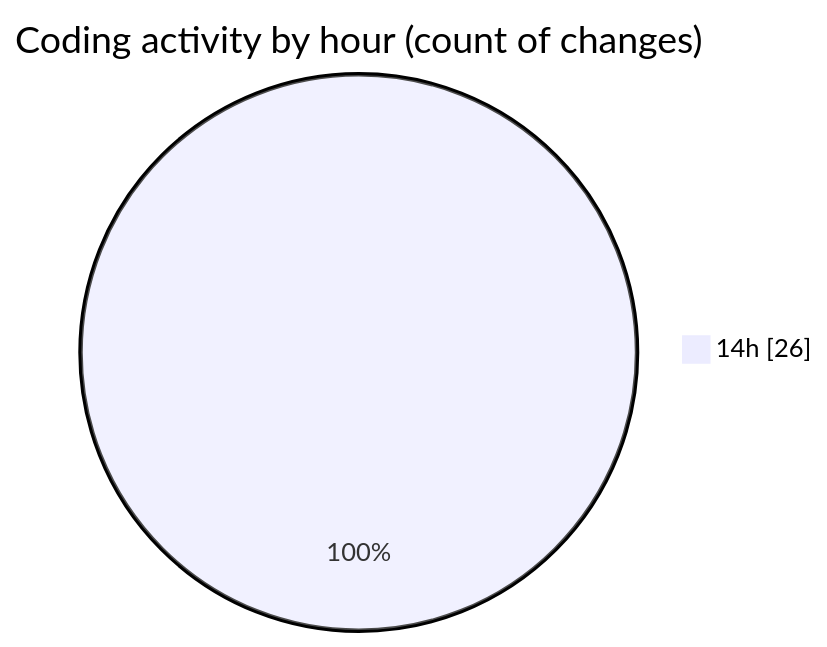
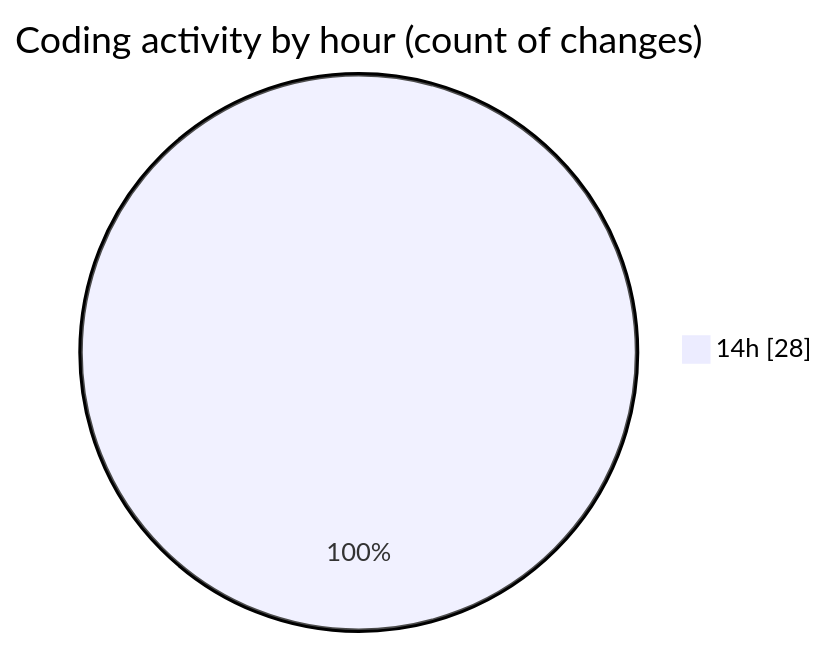
One commit to Ritupan-Deka/code-tracking changed the second of 2 diagrams in 2025-05-03/projects/README.md. Above: the diagram before and after it, drawn with Mermaid. The commit also changed other lines of this file and 1 other file, not shown here.

````diff
--- a/2025-05-03/projects/README.md
+++ b/2025-05-03/projects/README.md
@@ -43,5 +43,5 @@
 ```mermaid
 pie showData
 title Coding activity by hour (count of changes)
-"14h" : 26
+"14h" : 28
 ```
````
